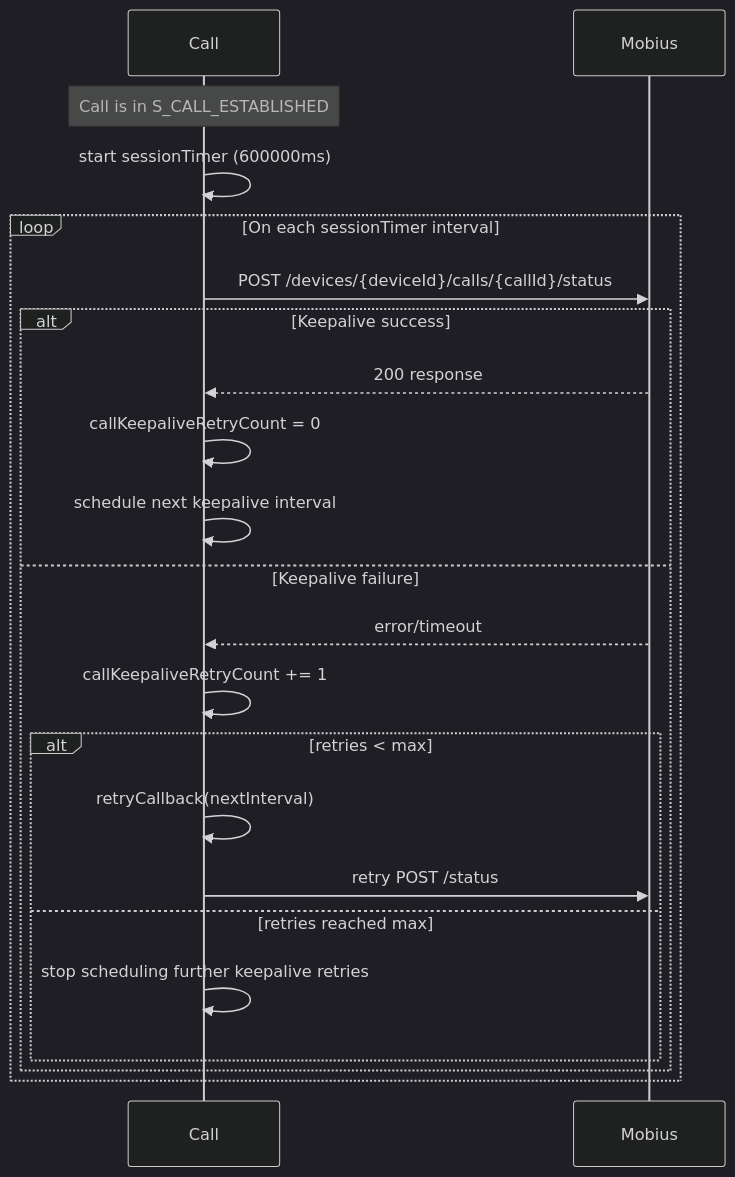
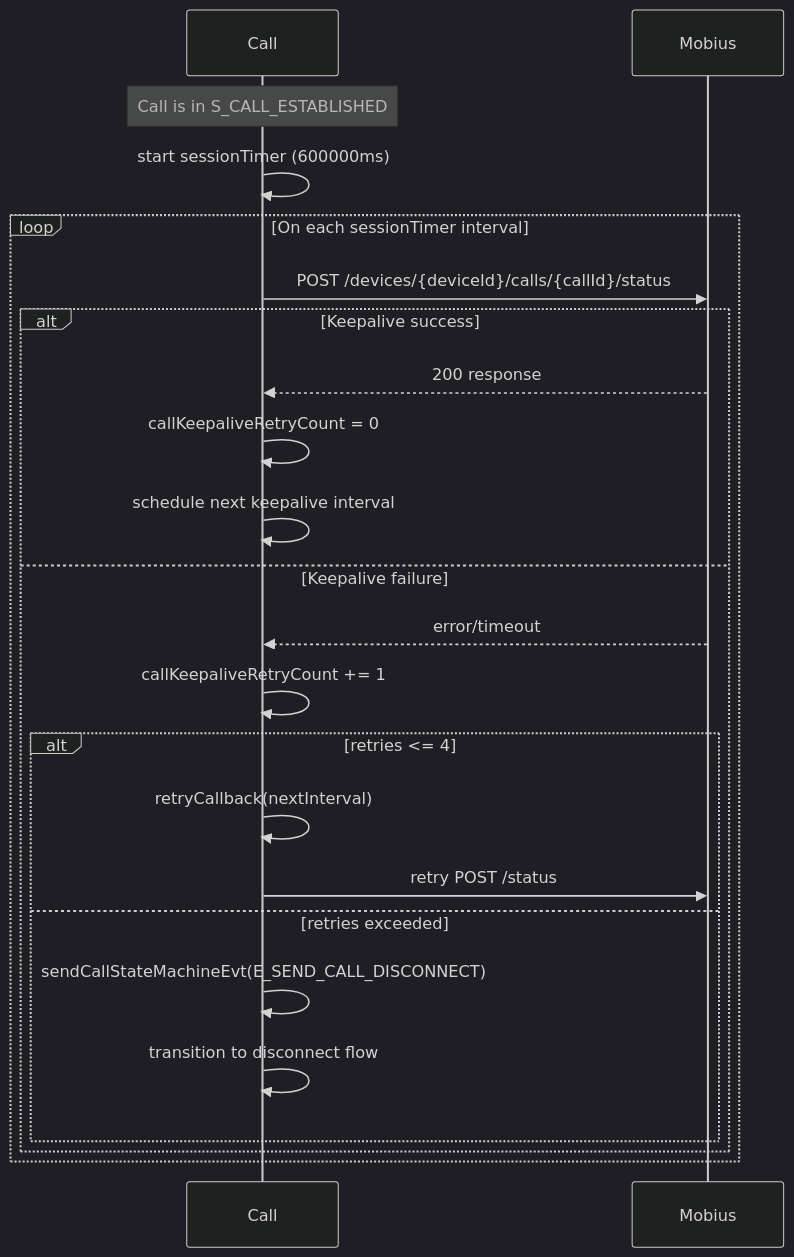
One commit to webex/webex-js-sdk changed diagram 16 of 16 in packages/calling/src/CallingClient/calling/ai-docs/ARCHITECTURE.md. Above: the diagram before and after it, drawn with Mermaid (dark theme). The commit also changed other lines of this file and 1 other file, not shown here.

````diff
--- a/packages/calling/src/CallingClient/calling/ai-docs/ARCHITECTURE.md
+++ b/packages/calling/src/CallingClient/calling/ai-docs/ARCHITECTURE.md
@@ -762,26 +763,27 @@
 ```mermaid
 sequenceDiagram
     participant Call as Call
     participant Mobius as Mobius
 
     Note over Call: Call is in S_CALL_ESTABLISHED
     Call->>Call: start sessionTimer (600000ms)
 
     loop On each sessionTimer interval
         Call->>Mobius: POST /devices/{deviceId}/calls/{callId}/status
         alt Keepalive success
             Mobius-->>Call: 200 response
             Call->>Call: callKeepaliveRetryCount = 0
             Call->>Call: schedule next keepalive interval
         else Keepalive failure
             Mobius-->>Call: error/timeout
             Call->>Call: callKeepaliveRetryCount += 1
-            alt retries < max
+            alt retries <= 4
                 Call->>Call: retryCallback(nextInterval)
                 Call->>Mobius: retry POST /status
-            else retries reached max
-                Call->>Call: stop scheduling further keepalive retries
+            else retries exceeded
+                Call->>Call: sendCallStateMachineEvt(E_SEND_CALL_DISCONNECT)
+                Call->>Call: transition to disconnect flow
             end
         end
     end
 ```
````
